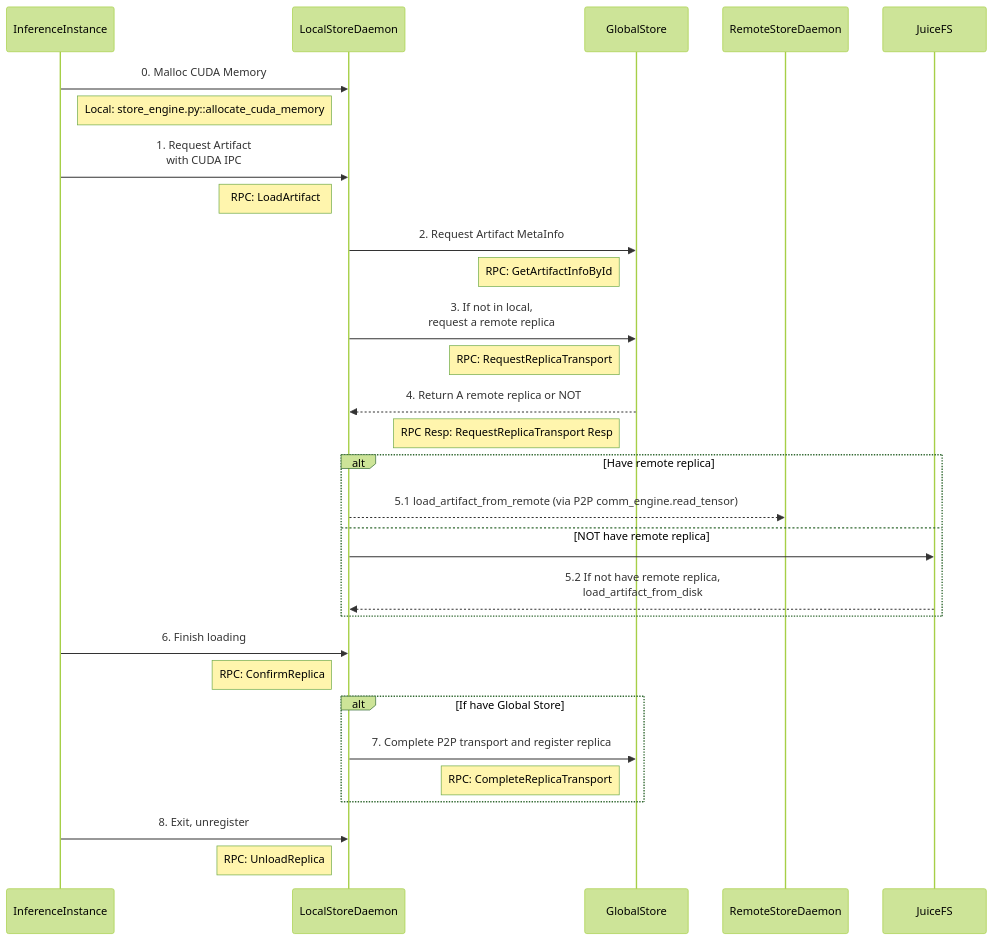
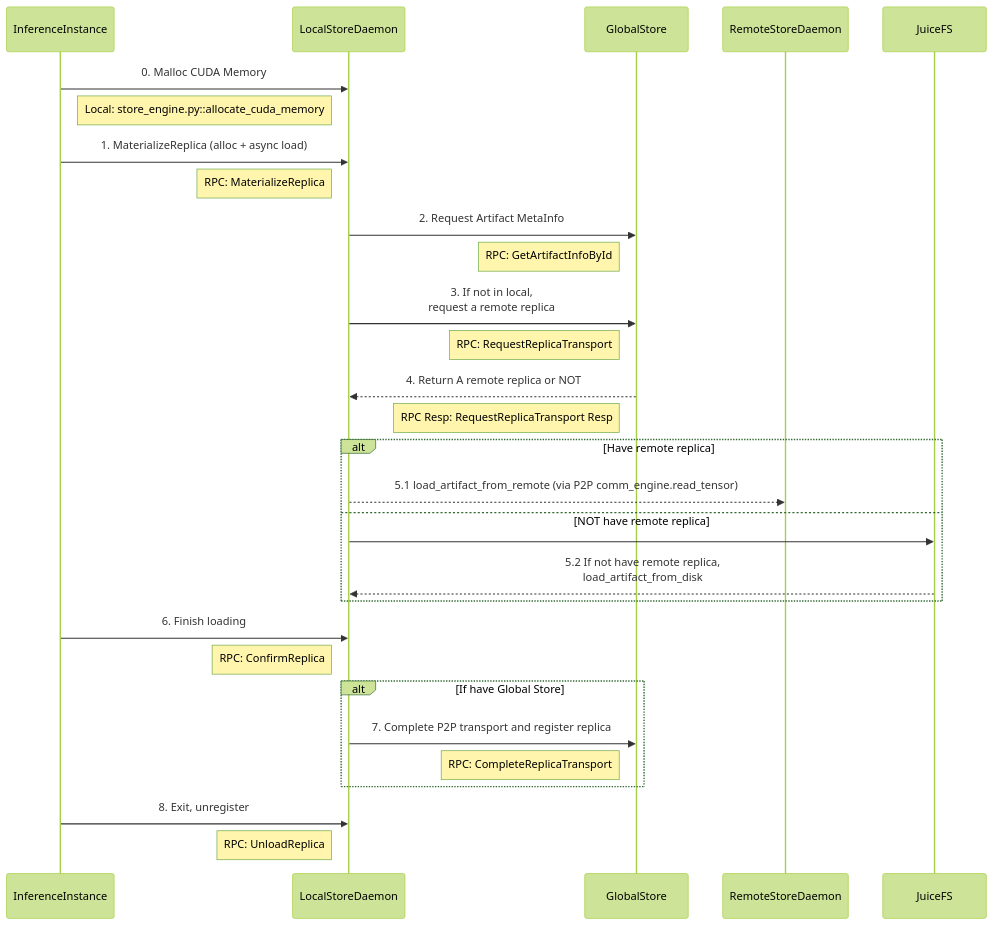
One commit to tensorcast-ai/tensorcast changed the diagram in web-docs/docs/developer-guides/internals/model-loading.md. Above: the diagram before and after it, drawn with Mermaid (forest theme). The commit also changed other lines of this file and 31 other files, not shown here.

Commit message:
feat(daemon): enhance StoreDaemon functionality

````diff
--- a/web-docs/docs/developer-guides/internals/model-loading.md
+++ b/web-docs/docs/developer-guides/internals/model-loading.md
@@ -29,41 +29,41 @@
 ```mermaid
 sequenceDiagram
     participant InferenceInstance
     participant LocalStoreDaemon
     participant GlobalStore
     participant RemoteStoreDaemon
     participant JuiceFS
 
     InferenceInstance->>LocalStoreDaemon: 0. Malloc CUDA Memory
     Note right of InferenceInstance: Local: store_engine.py::allocate_cuda_memory
 
-    InferenceInstance->>LocalStoreDaemon: 1. Request Artifact<br/>with CUDA IPC
-    Note left of LocalStoreDaemon: RPC: LoadArtifact
+    InferenceInstance->>LocalStoreDaemon: 1. MaterializeReplica (alloc + async load)
+    Note left of LocalStoreDaemon: RPC: MaterializeReplica
 
     LocalStoreDaemon->>GlobalStore: 2. Request Artifact MetaInfo
     Note left of GlobalStore: RPC: GetArtifactInfoById
 
     LocalStoreDaemon->>GlobalStore: 3. If not in local,<br/>request a remote replica
     Note left of GlobalStore: RPC: RequestReplicaTransport
 
     GlobalStore-->>LocalStoreDaemon: 4. Return A remote replica or NOT
     Note left of GlobalStore: RPC Resp: RequestReplicaTransport Resp
 
     alt Have remote replica
         LocalStoreDaemon-->>RemoteStoreDaemon: 5.1 load_artifact_from_remote (via P2P comm_engine.read_tensor)
     else NOT have remote replica
         LocalStoreDaemon->>JuiceFS:
         JuiceFS-->>LocalStoreDaemon: 5.2 If not have remote replica,<br/>load_artifact_from_disk
     end
 
     InferenceInstance->>LocalStoreDaemon: 6. Finish loading
     Note left of LocalStoreDaemon: RPC: ConfirmReplica
 
     alt If have Global Store
         LocalStoreDaemon->>GlobalStore: 7. Complete P2P transport and register replica
         Note left of GlobalStore: RPC: CompleteReplicaTransport
     end
 
     InferenceInstance->>LocalStoreDaemon: 8. Exit, unregister
     Note left of LocalStoreDaemon: RPC: UnloadReplica
 ```
````
